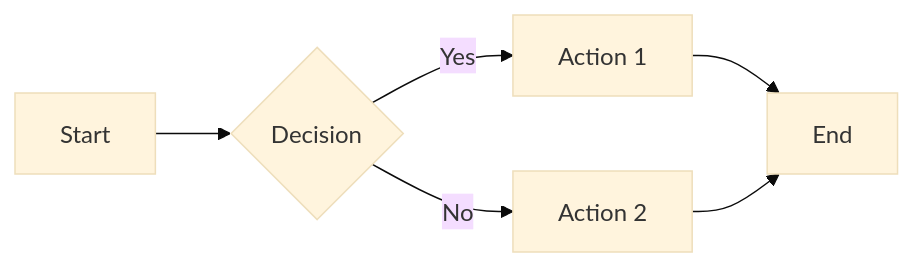
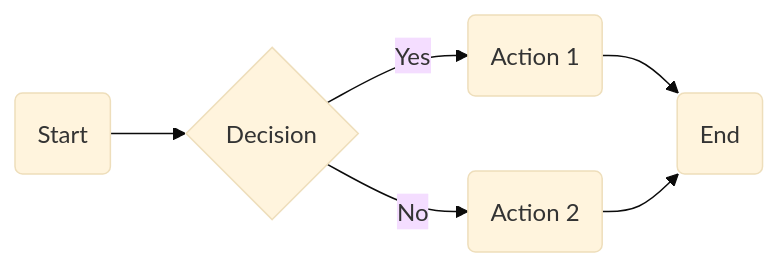
The first of 6 diagrams in docs/widgets-showcase.md (HealthSamurai/mdmbox-docs), drawn with Mermaid (base theme) before and after one commit. The commit also changed 2 other files, not shown here.

Commit message:
fix: replace inline styles with color classes in Mermaid diagrams

````diff
--- a/docs/widgets-showcase.md
+++ b/docs/widgets-showcase.md
@@ -209,8 +209,8 @@
 ```mermaid
 flowchart LR
-    A[Start] --> B{Decision}
-    B -->|Yes| C[Action 1]
-    B -->|No| D[Action 2]
-    C --> E[End]
+    A(Start) --> B{Decision}
+    B -->|Yes| C(Action 1)
+    B -->|No| D(Action 2)
+    C --> E(End)
     D --> E
 ```
````
